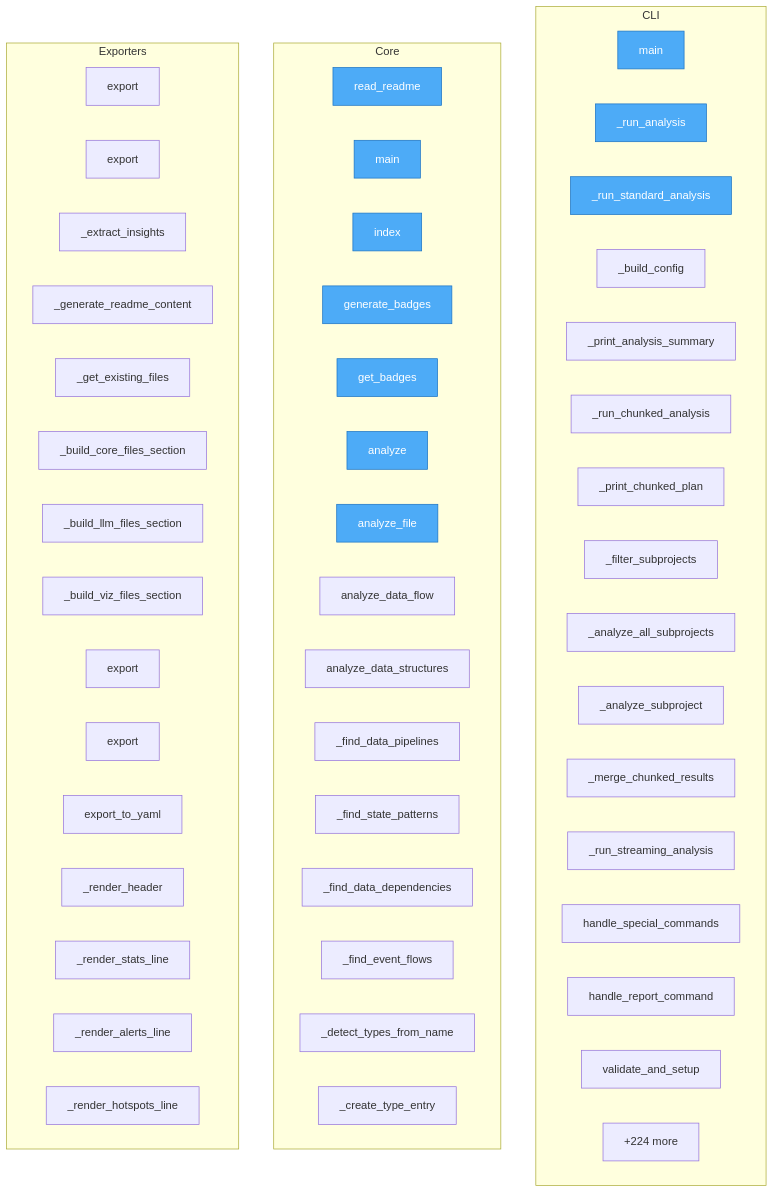
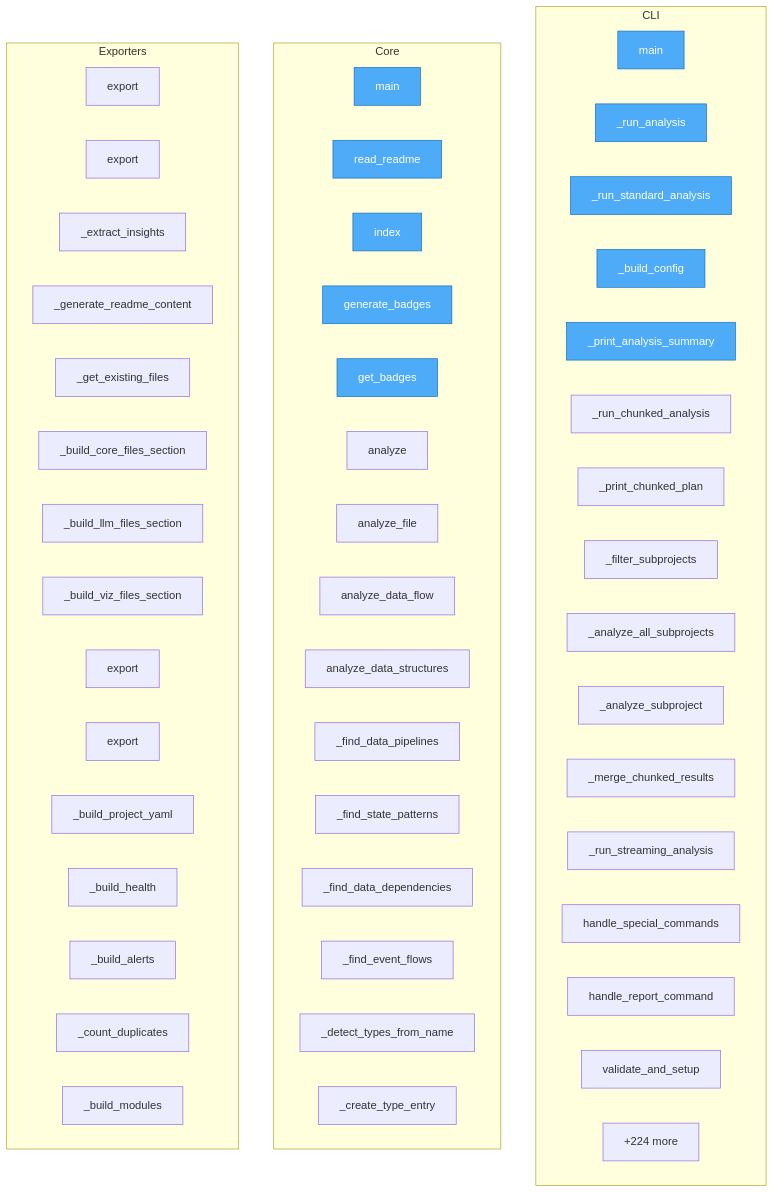
The diagram in project/flow.mmd (wronai/code2llm), drawn with Mermaid before and after one commit. The commit also changed 17 other files, not shown here.

First line of the commit message:
refactor(docs): code analysis engine

```diff
--- a/project/flow.mmd
+++ b/project/flow.mmd
@@ -1,63 +1,63 @@
 flowchart TD
 
     %% Entry points (blue)
     classDef entry fill:#4dabf7,stroke:#1971c2,color:#fff
 
     subgraph CLI
         code2llm__cli__main["main"]
         code2llm__cli_analysis___run_analysis["_run_analysis"]
         code2llm__cli_analysis___run_standard_analysis["_run_standard_analysis"]
         code2llm__cli_analysis___build_config["_build_config"]
         code2llm__cli_analysis___print_analysis_summary["_print_analysis_summary"]
         code2llm__cli_analysis___run_chunked_analysis["_run_chunked_analysis"]
         code2llm__cli_analysis___print_chunked_plan["_print_chunked_plan"]
         code2llm__cli_analysis___filter_subprojects["_filter_subprojects"]
         code2llm__cli_analysis___analyze_all_subprojects["_analyze_all_subprojects"]
         code2llm__cli_analysis___analyze_subproject["_analyze_subproject"]
         code2llm__cli_analysis___merge_chunked_results["_merge_chunked_results"]
         code2llm__cli_analysis___run_streaming_analysis["_run_streaming_analysis"]
         code2llm__cli_commands__handle_special_commands["handle_special_commands"]
         code2llm__cli_commands__handle_report_command["handle_report_command"]
         code2llm__cli_commands__validate_and_setup["validate_and_setup"]
-        ...["+44 more"]
+        ...["+40 more"]
     end
 
     subgraph Core
+        validate_toon__main["main"]
         setup__read_readme["read_readme"]
-        validate_toon__main["main"]
         badges__server__index["index"]
         badges__server__generate_badges["generate_badges"]
         badges__server__get_badges["get_badges"]
         code2llm__api__analyze["analyze"]
         code2llm__api__analyze_file["analyze_file"]
         code2llm__DataAnalyzer__analyze_data_flow["analyze_data_flow"]
         code2llm__DataAnalyzer__analyze_data_structures["analyze_data_structures"]
         code2llm__DataAnalyzer___find_data_pipelines["_find_data_pipelines"]
         code2llm__DataAnalyzer___find_state_patterns["_find_state_patterns"]
         code2llm__DataAnalyzer___find_data_dependencies["_find_data_dependencies"]
         code2llm__DataAnalyzer___find_event_flows["_find_event_flows"]
         code2llm__DataAnalyzer___detect_types_from_name["_detect_types_from_name"]
         code2llm__DataAnalyzer___create_type_entry["_create_type_entry"]
         ...["+291 more"]
     end
 
     subgraph Exporters
         code2llm__exporters__base__Exporter__export["export"]
         code2llm__exporters__readme_exporter__READMEExporter__export["export"]
         code2llm__READMEExporter___extract_insights["_extract_insights"]
         code2llm__READMEExporter___generate_readme_content["_generate_readme_content"]
         code2llm__READMEExporter___get_existing_files["_get_existing_files"]
         code2llm__READMEExporter___build_core_files_section["_build_core_files_section"]
         code2llm__READMEExporter___build_llm_files_section["_build_llm_files_section"]
         code2llm__READMEExporter___build_viz_files_section["_build_viz_files_section"]
         code2llm__exporters__json_exporter__JSONExporter__export["export"]
-        code2llm__exporters__map_exporter__MapExporter__export["export"]
-        code2llm__MapExporter__export_to_yaml["export_to_yaml"]
-        code2llm__MapExporter___render_header["_render_header"]
-        code2llm__MapExporter___render_stats_line["_render_stats_line"]
-        code2llm__MapExporter___render_alerts_line["_render_alerts_line"]
-        code2llm__MapExporter___render_hotspots_line["_render_hotspots_line"]
+        code2llm__ProjectYAMLExporter__export["export"]
+        code2llm__ProjectYAMLExporter___build_project_yaml["_build_project_yaml"]
+        code2llm__ProjectYAMLExporter___build_health["_build_health"]
+        code2llm__ProjectYAMLExporter___build_alerts["_build_alerts"]
+        code2llm__ProjectYAMLExporter___count_duplicates["_count_duplicates"]
+        code2llm__ProjectYAMLExporter___build_modules["_build_modules"]
         ...["+224 more"]
     end
 
-    class setup__read_readme,validate_toon__main,badges__server__index,badges__server__generate_badges,badges__server__get_badges,code2llm__cli__main,code2llm__api__analyze,code2llm__api__analyze_file,code2llm__cli_analysis___run_analysis,code2llm__cli_analysis___run_standard_analysis entry
+    class validate_toon__main,setup__read_readme,badges__server__index,badges__server__generate_badges,badges__server__get_badges,code2llm__cli__main,code2llm__cli_analysis___run_analysis,code2llm__cli_analysis___run_standard_analysis,code2llm__cli_analysis___build_config,code2llm__cli_analysis___print_analysis_summary entry
```
